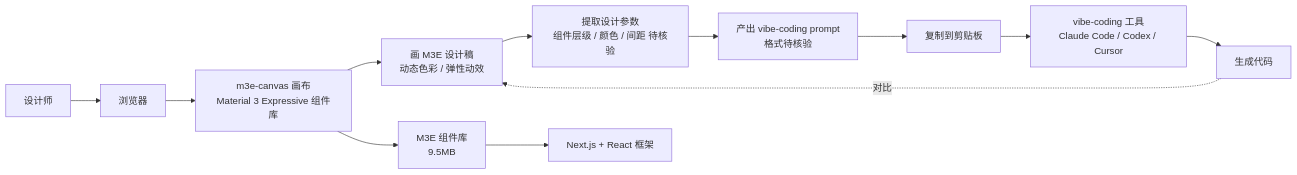
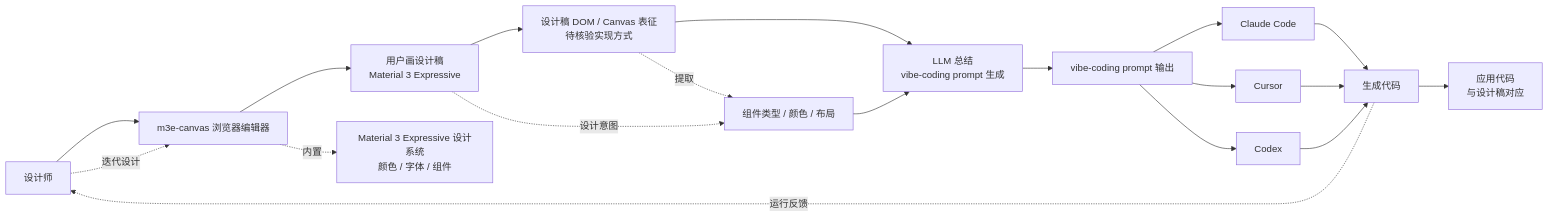
Before and after one commit to aiutil/github-researcher: the diagram in projects/m3e-canvas.md, drawn with Mermaid. The commit also changed other lines of this file and 30 other files, not shown here.

Commit message:
daily: 2026-09-07 趋势简报 + 10个项目档案（OpenBot/cumora/PRAXIST/m3e-canvas/sepia/fastpotify/human-atlas/codenotch/okf-agent-memory/codex-with-chatgpt）

````diff
--- a/projects/m3e-canvas.md
+++ b/projects/m3e-canvas.md
@@ -60,14 +63,21 @@
 ```mermaid
 flowchart LR
-  Designer[设计师] --> Browser[浏览器]
-  Browser --> Canvas[m3e-canvas 画布<br/>Material 3 Expressive 组件库]
-  Canvas --> Sketch[画 M3E 设计稿<br/>动态色彩 / 弹性动效]
-  Sketch --> Extract[提取设计参数<br/>组件层级 / 颜色 / 间距 待核验]
-  Extract --> Prompt[产出 vibe-coding prompt<br/>格式待核验]
-  Prompt --> Copy[复制到剪贴板]
-  Copy --> VibeCoder[vibe-coding 工具<br/>Claude Code / Codex / Cursor]
-  VibeCoder --> Code[生成代码]
-  Code -.对比.-> Sketch
-  Canvas --> Components[M3E 组件库<br/>9.5MB]
-  Components --> Nextjs[Next.js + React 框架]
+  User[设计师] --> Canvas[m3e-canvas 浏览器编辑器]
+  Canvas --> Sketch[用户画设计稿<br/>Material 3 Expressive]
+  Sketch --> DOM[设计稿 DOM / Canvas 表征<br/>待核验实现方式]
+  DOM --> LLM[LLM 总结<br/>vibe-coding prompt 生成]
+  LLM --> Prompt[vibe-coding prompt 输出]
+  Prompt --> CC[Claude Code]
+  Prompt --> Cursor[Cursor]
+  Prompt --> Codex[Codex]
+  CC --> Code[生成代码]
+  Cursor --> Code
+  Codex --> Code
+  Code --> App[应用代码<br/>与设计稿对应]
+  Canvas -.内置.-> M3E[Material 3 Expressive 设计系统<br/>颜色 / 字体 / 组件]
+  DOM -.提取.-> Components[组件类型 / 颜色 / 布局]
+  Components --> LLM
+  Sketch -.设计意图.-> Components
+  Code -.运行反馈.-> User
+  User -.迭代设计.-> Canvas
 ```
````
